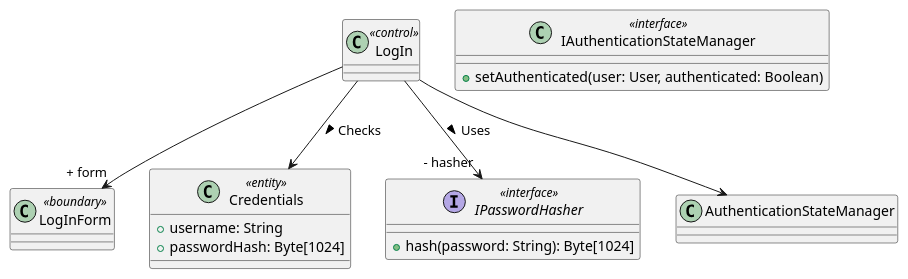
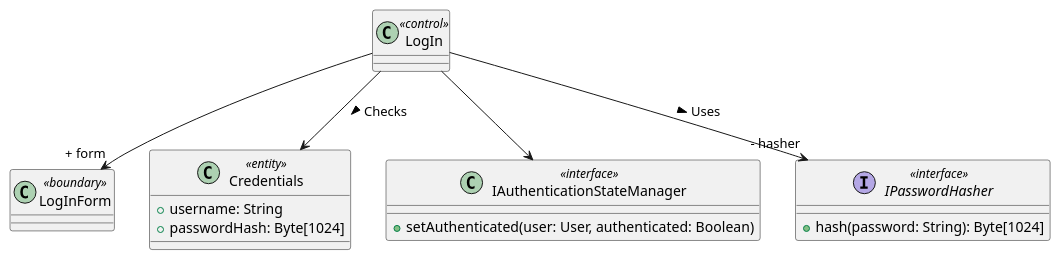
Before and after one commit to bmb0136/COMP-3700-Project: the second of 2 diagrams in Use Cases/LogIn.iuml, drawn with PlantUML.

```diff
--- a/Use Cases/LogIn.iuml
+++ b/Use Cases/LogIn.iuml
@@ -28,18 +28,18 @@
 @startuml Log In Object Model
 class LogIn <<control>> {}
 class LogInForm <<boundary>> {}
 class Credentials <<entity>> {
   + username: String
   + passwordHash: Byte[1024]
 }
 class IAuthenticationStateManager <<interface>> {
   + setAuthenticated(user: User, authenticated: Boolean)
 }
 interface IPasswordHasher <<interface>> {
   + hash(password: String): Byte[1024]
 }
 LogIn --> "+ form" LogInForm
 LogIn --> Credentials : Checks >
 LogIn --> "- hasher" IPasswordHasher : Uses >
-LogIn --> AuthenticationStateManager
+LogIn --> IAuthenticationStateManager
 @enduml
```
